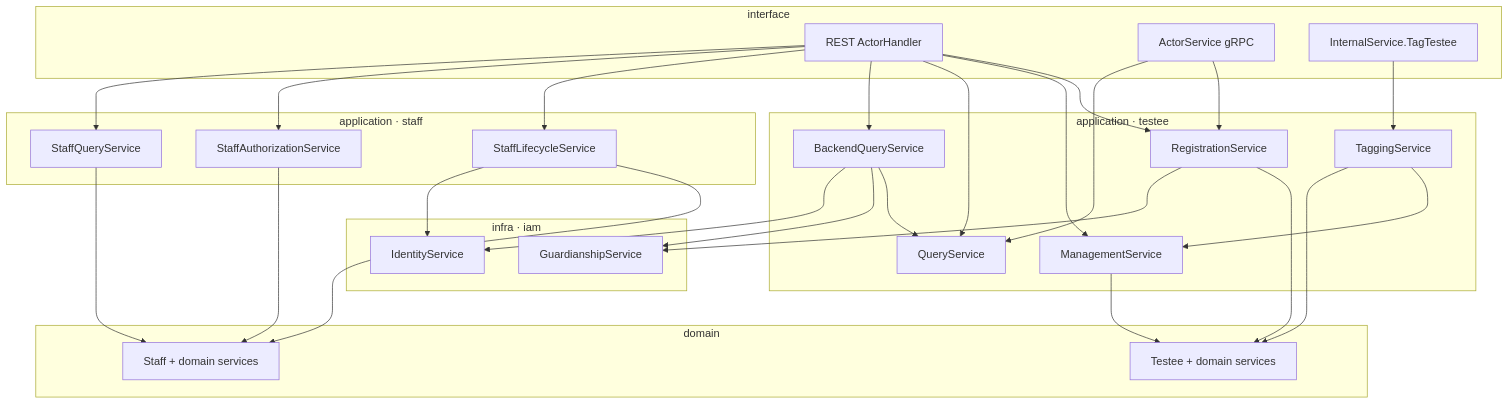
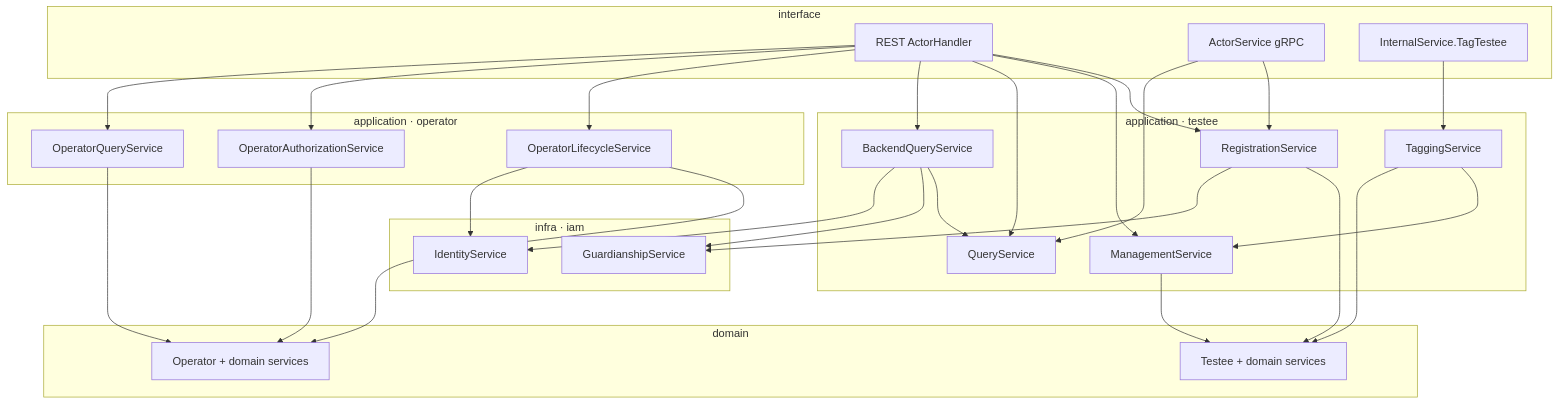
Before and after one commit to FangcunMount/qs-server: the fourth of 5 diagrams in docs/02-业务模块/05-actor.md, drawn with Mermaid. The commit also changed other lines of this file and 26 other files, not shown here.

Commit message:
pref  staff -> operator 重命名:

````diff
--- a/docs/02-业务模块/05-actor.md
+++ b/docs/02-业务模块/05-actor.md
@@ -215,57 +215,57 @@
 ```mermaid
 flowchart TB
     subgraph IF[interface]
         REST[REST ActorHandler]
         GRPC[ActorService gRPC]
         INT[InternalService.TagTestee]
     end
 
     subgraph APP[application · testee]
         REG[RegistrationService]
         MGT[ManagementService]
         QRY[QueryService]
         BQ[BackendQueryService]
         TAG[TaggingService]
     end
 
-    subgraph APS[application · staff]
-        LSV[StaffLifecycleService]
-        AUTHZ[StaffAuthorizationService]
-        SQ[StaffQueryService]
+    subgraph APS[application · operator]
+        LSV[OperatorLifecycleService]
+        AUTHZ[OperatorAuthorizationService]
+        SQ[OperatorQueryService]
     end
 
     subgraph DOM[domain]
         T[Testee + domain services]
-        ST[Staff + domain services]
+        ST[Operator + domain services]
     end
 
     subgraph IAM[infra · iam]
         GS[GuardianshipService]
         ID[IdentityService]
     end
 
     REST --> REG
     REST --> MGT
     REST --> QRY
     REST --> BQ
     REST --> LSV
     REST --> AUTHZ
     REST --> SQ
     GRPC --> REG
     GRPC --> QRY
     INT --> TAG
 
     REG --> T
     REG --> GS
     MGT --> T
     BQ --> QRY
     BQ --> GS
     BQ --> ID
     TAG --> MGT
     TAG --> T
 
     LSV --> ST
     LSV --> ID
     AUTHZ --> ST
     SQ --> ST
 ```
````
